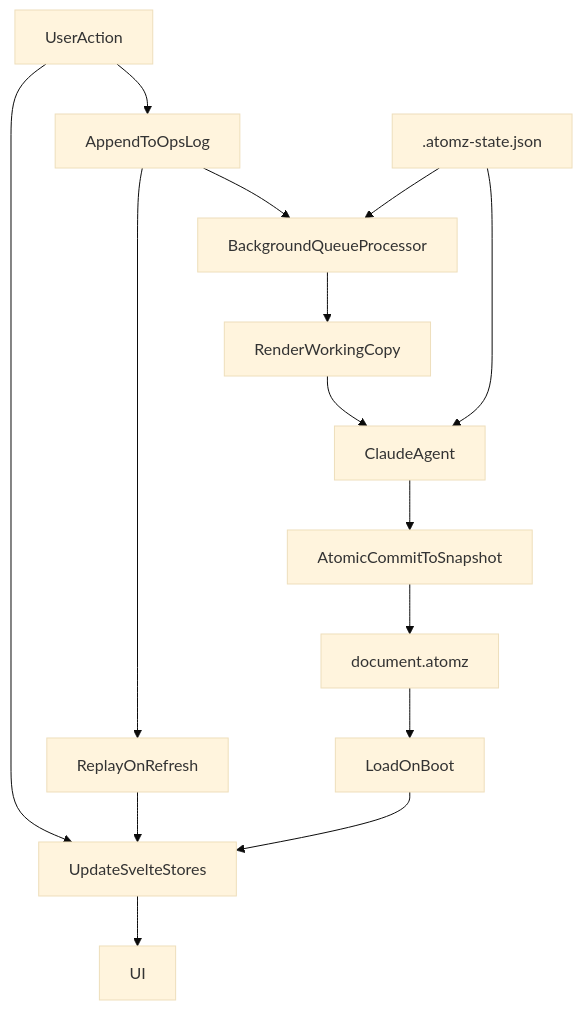
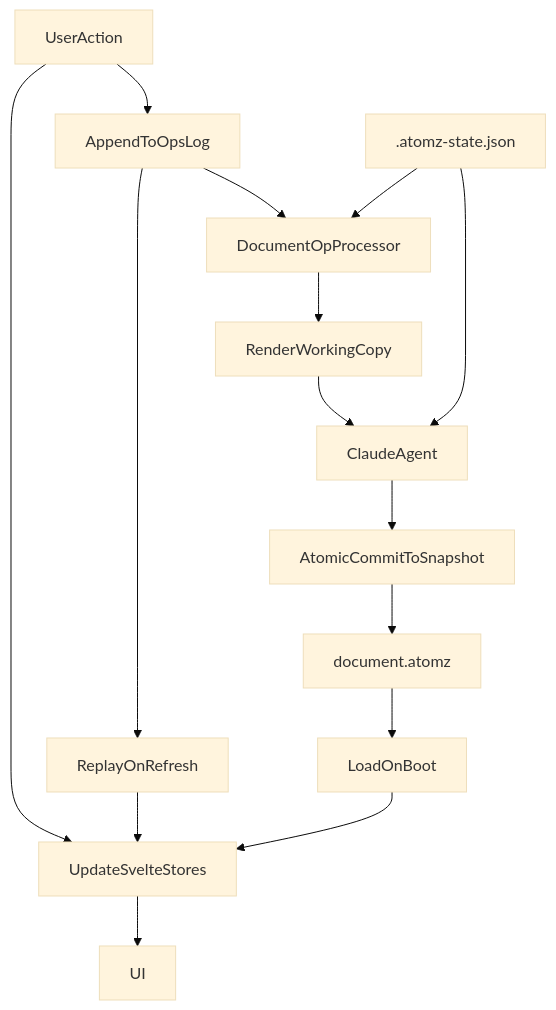
One commit to docwriter-org/docwriter changed the diagram in ARCHITECTURE.md. Above: the diagram before and after it, drawn with Mermaid (base theme). The commit also changed other lines of this file and 23 other files, not shown here.

````diff
--- a/ARCHITECTURE.md
+++ b/ARCHITECTURE.md
@@ -57,17 +67,17 @@
 ```mermaid
 flowchart TD
 	userAction[UserAction] --> uiState[UpdateSvelteStores]
 	userAction --> opLog[AppendToOpsLog]
 	uiState --> ui[UI]
 	opLog --> replay[ReplayOnRefresh]
 	replay --> uiState
-	opLog --> queueProc[BackgroundQueueProcessor]
-	queueProc --> renderFile[RenderWorkingCopy]
+	opLog --> processor[DocumentOpProcessor]
+	processor --> renderFile[RenderWorkingCopy]
 	renderFile --> claude[ClaudeAgent]
 	claude --> commit[AtomicCommitToSnapshot]
 	commit --> snapshot[document.atomz]
 	snapshot --> load[LoadOnBoot]
 	load --> uiState
-	sessionState[.atomz-state.json] --> queueProc
+	sessionState[.atomz-state.json] --> processor
 	sessionState --> claude
 ```
````
